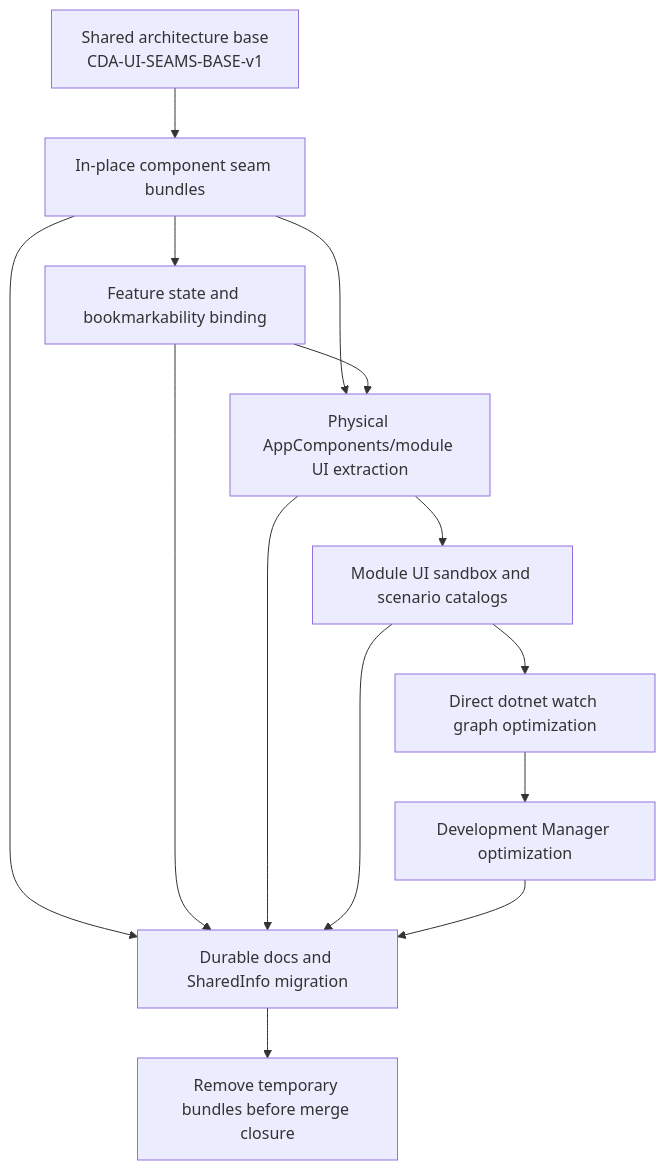
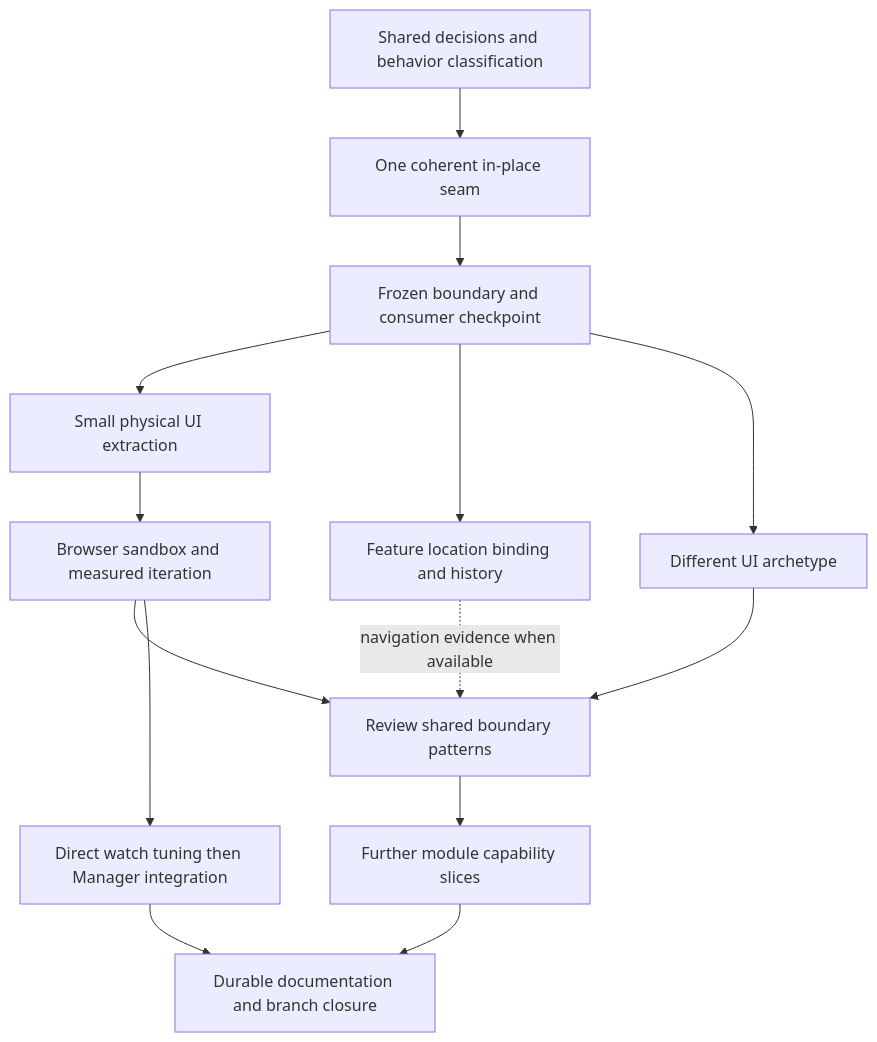
The diagram in codex/bundles/UI_Component_Seams_Shared_Architecture_Bundle/plan/00-program-sequence.md (fyziktom/CanDoItAll), drawn with Mermaid before and after one commit. The commit also changed other lines of this file and 75 other files, not shown here.

Commit message:
review and improve bundles

````diff
--- a/codex/bundles/UI_Component_Seams_Shared_Architecture_Bundle/plan/00-program-sequence.md
+++ b/codex/bundles/UI_Component_Seams_Shared_Architecture_Bundle/plan/00-program-sequence.md
@@ -5,26 +5,26 @@
-```mermaid
+~~~mermaid
 flowchart TD
-    B0[Shared architecture base<br/>CDA-UI-SEAMS-BASE-v1]
-    B1[In-place component seam bundles]
-    B2[Feature state and bookmarkability binding]
-    B3[Physical AppComponents/module UI extraction]
-    B4[Module UI sandbox and scenario catalogs]
-    B5[Direct dotnet watch graph optimization]
-    B6[Development Manager optimization]
-    D[Durable docs and SharedInfo migration]
-    X[Remove temporary bundles before merge closure]
+    Base[Shared decisions and behavior classification]
+    Seams[One coherent in-place seam]
+    Freeze[Frozen boundary and consumer checkpoint]
+    Extract[Small physical UI extraction]
+    Sandbox[Browser sandbox and measured iteration]
+    Navigation[Feature location binding and history]
+    Second[Different UI archetype]
+    Patterns[Review shared boundary patterns]
+    Rollout[Further module capability slices]
+    Tooling[Direct watch tuning then Manager integration]
+    Docs[Durable documentation and branch closure]
 
-    B0 --> B1
-    B1 --> B2
-    B1 --> B3
-    B2 --> B3
-    B3 --> B4
-    B4 --> B5
-    B5 --> B6
-    B1 --> D
-    B2 --> D
-    B3 --> D
-    B4 --> D
-    B6 --> D
-    D --> X
-```
+    Base --> Seams --> Freeze
+    Freeze --> Extract --> Sandbox
+    Freeze --> Navigation
+    Freeze --> Second
+    Sandbox --> Patterns
+    Second --> Patterns
+    Navigation -. navigation evidence when available .-> Patterns
+    Patterns --> Rollout
+    Sandbox --> Tooling
+    Rollout --> Docs
+    Tooling --> Docs
+~~~
````
